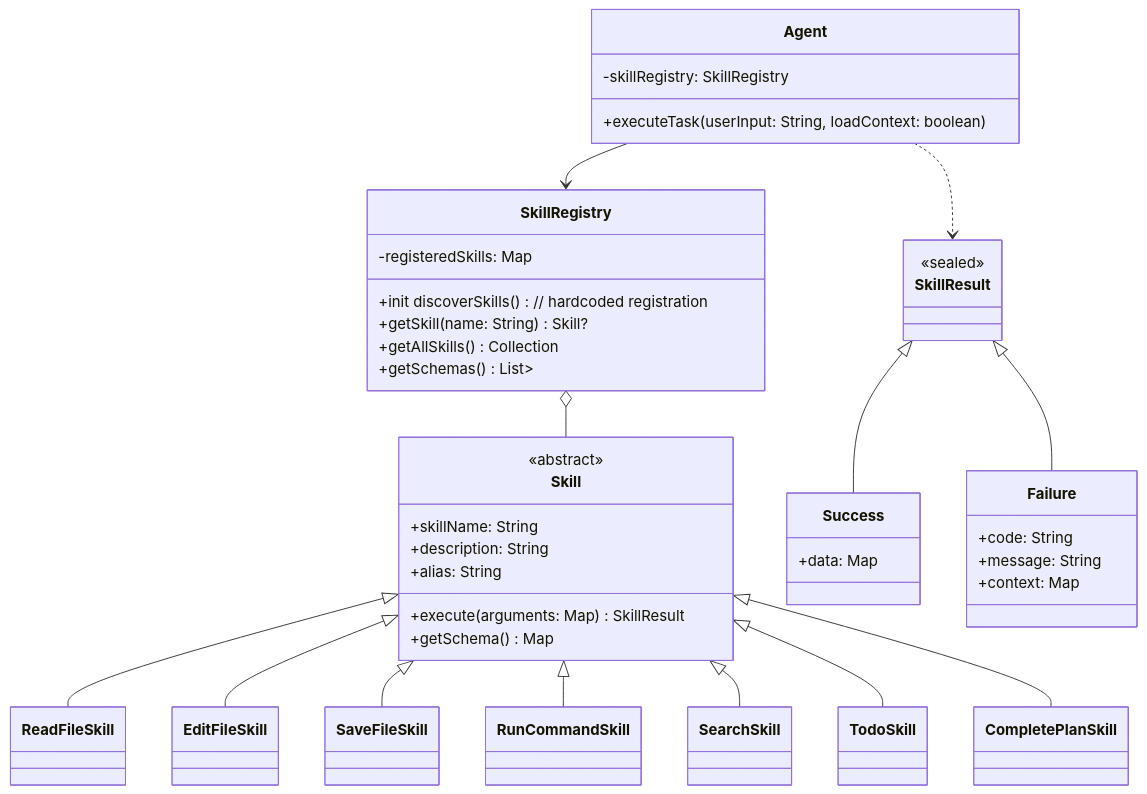
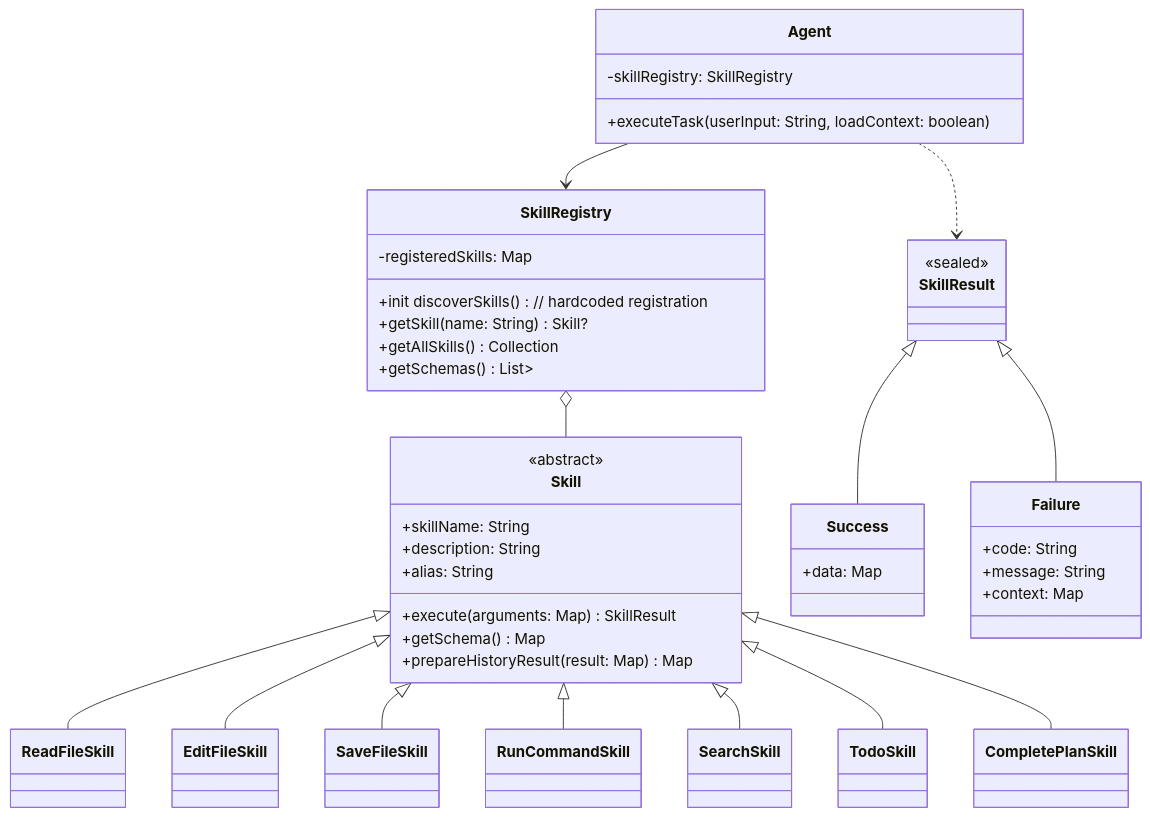
Before and after one commit to lg841226/Gradum: diagram 20 of 27 in docs/ARCHITECTURE.md, drawn with Mermaid. The commit also changed other lines of this file and 12 other files, not shown here.

````diff
--- a/docs/ARCHITECTURE.md
+++ b/docs/ARCHITECTURE.md
@@ -1040,60 +1039,61 @@
 ```mermaid
 classDiagram
     class Skill {
         <<abstract>>
         +skillName: String
         +description: String
         +alias: String
         +execute(arguments: Map<String, Any>) SkillResult
         +getSchema() Map<String, Any>
+        +prepareHistoryResult(result: Map<String, Any>) Map<String, Any>
     }
 
     class SkillResult {
         <<sealed>>
     }
 
     class Success {
         +data: Map<String, Any>
     }
 
     class Failure {
         +code: String
         +message: String
         +context: Map<String, Any>
     }
 
     class SkillRegistry {
         -registeredSkills: Map<String, Skill>
         +init discoverSkills() // hardcoded registration
         +getSkill(name: String) Skill?
         +getAllSkills() Collection<Skill>
         +getSchemas() List<Map<String, Any>>
     }
 
     class ReadFileSkill
     class EditFileSkill
     class SaveFileSkill
     class RunCommandSkill
     class SearchSkill
     class TodoSkill
     class CompletePlanSkill
 
     SkillResult <|-- Success
     SkillResult <|-- Failure
     Skill <|-- ReadFileSkill
     Skill <|-- EditFileSkill
     Skill <|-- SaveFileSkill
     Skill <|-- RunCommandSkill
     Skill <|-- SearchSkill
     Skill <|-- TodoSkill
     Skill <|-- CompletePlanSkill
     SkillRegistry o-- Skill
 
     class Agent {
         -skillRegistry: SkillRegistry
         +executeTask(userInput: String, loadContext: boolean)
     }
 
     Agent --> SkillRegistry
     Agent ..> SkillResult
 ```
````
